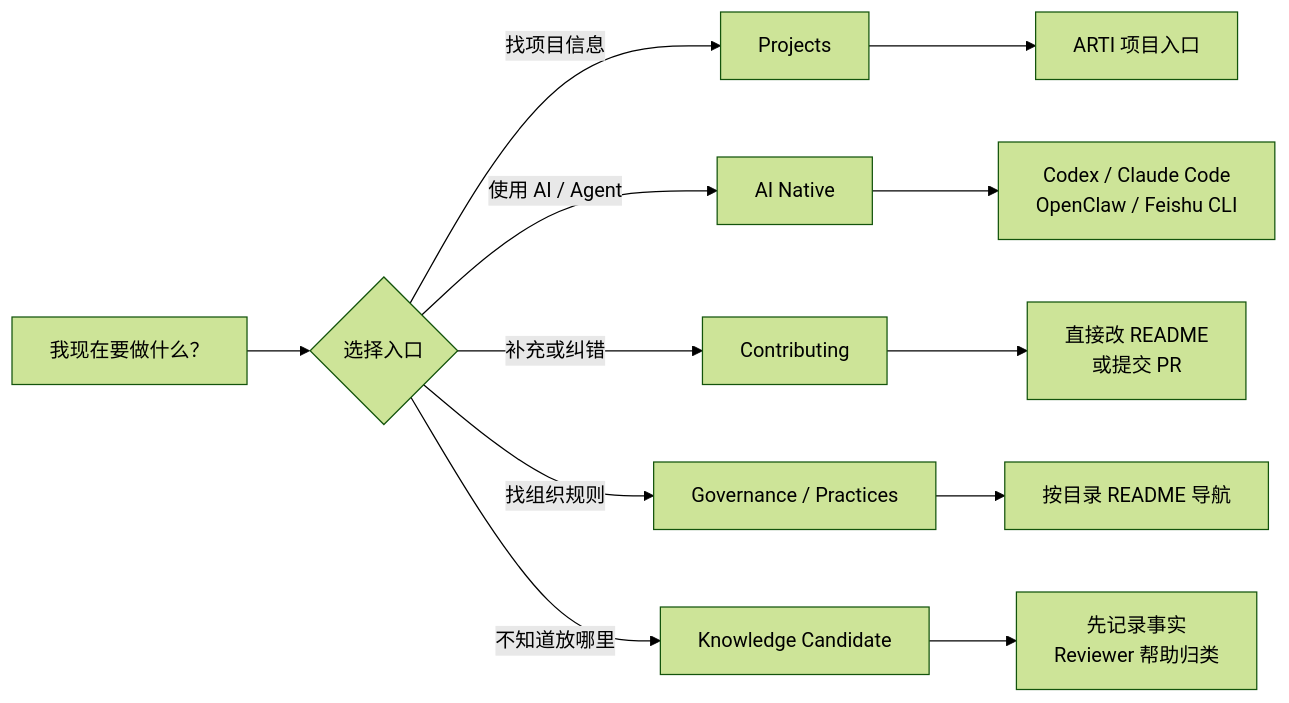
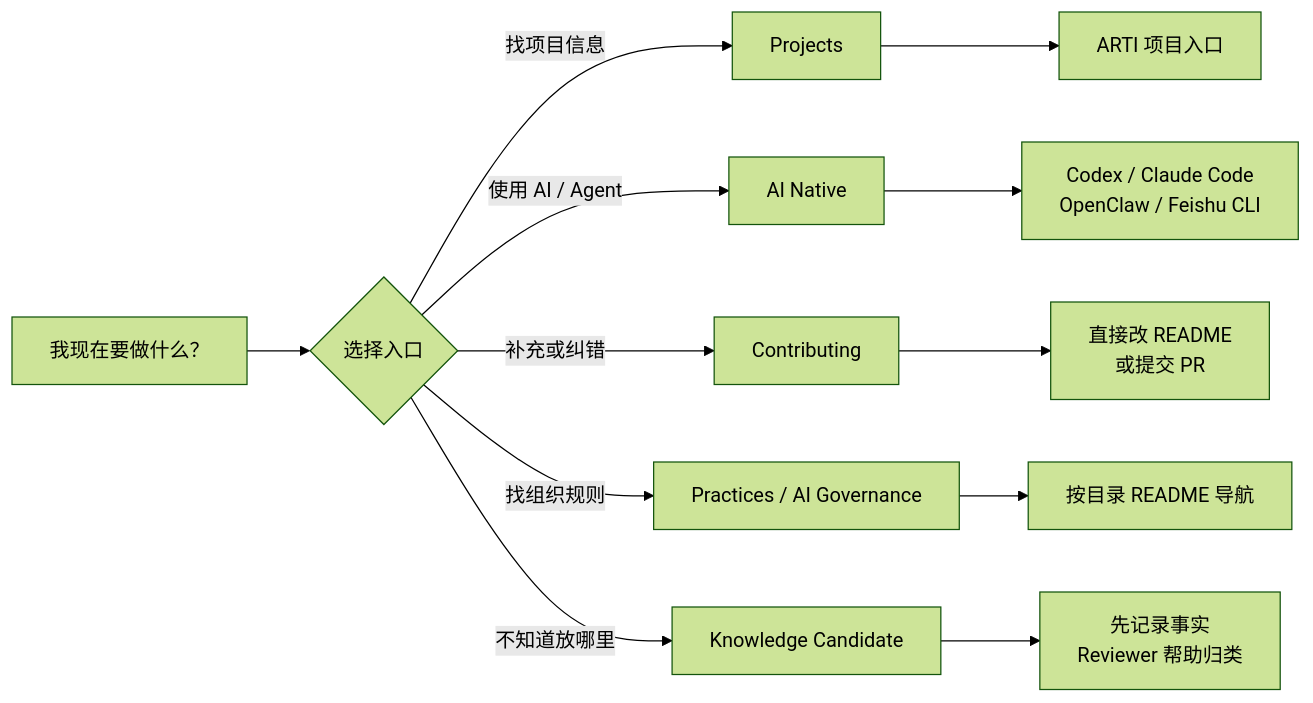
The first of 5 diagrams in README.md (botearn/Evolution-Handbook), drawn with Mermaid (forest theme) before and after one commit. The commit also changed other lines of this file and 20 other files, not shown here.

````diff
--- a/README.md
+++ b/README.md
@@ -9,15 +14,15 @@
 ```mermaid
 flowchart LR
     A["我现在要做什么？"] --> B{"选择入口"}
     B -->|"找项目信息"| C["Projects"]
     B -->|"使用 AI / Agent"| D["AI Native"]
     B -->|"补充或纠错"| E["Contributing"]
-    B -->|"找组织规则"| F["Governance / Practices"]
+    B -->|"找组织规则"| F["Practices / AI Governance"]
     B -->|"不知道放哪里"| G["Knowledge Candidate"]
 
     C --> C1["ARTI 项目入口"]
     D --> D1["Codex / Claude Code<br/>OpenClaw / Feishu CLI"]
     E --> E1["直接改 README<br/>或提交 PR"]
     F --> F1["按目录 README 导航"]
     G --> G1["先记录事实<br/>Reviewer 帮助归类"]
 ```
````
